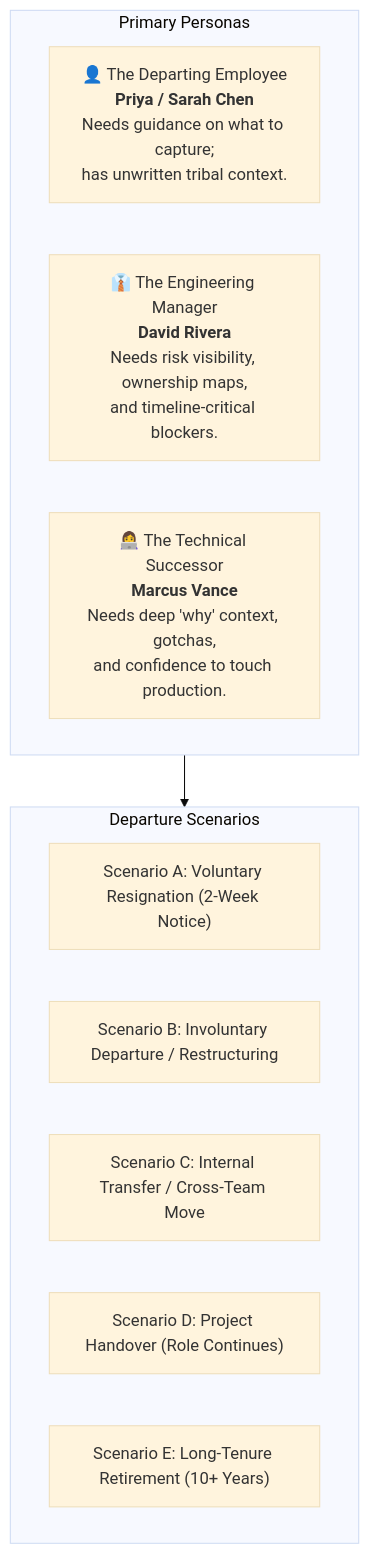
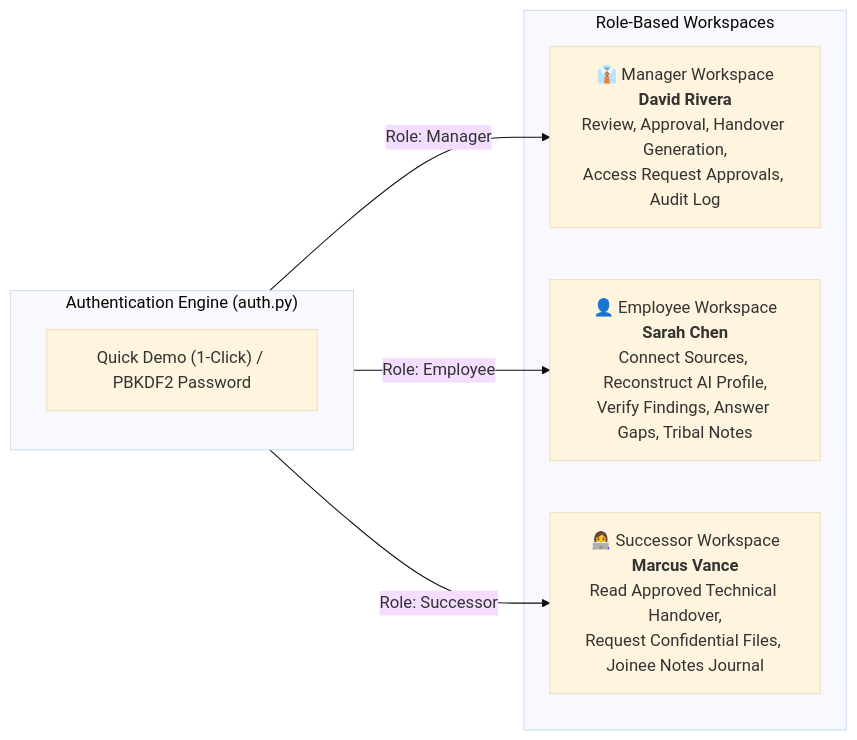
Before and after one commit to vpawar2210/KnowledgeBridge-Baton: the first of 2 diagrams in KnowledgeBridge/report.md, drawn with Mermaid (base theme). The commit also changed other lines of this file and 23 other files, not shown here.

````diff
--- a/KnowledgeBridge/report.md
+++ b/KnowledgeBridge/report.md
@@ -78,18 +110,16 @@
 ```mermaid
-flowchart TD
-    subgraph Personas["Primary Personas"]
-        P1["👤 The Departing Employee<br><b>Priya / Sarah Chen</b><br>Needs guidance on what to capture;<br>has unwritten tribal context."]
-        P2["👔 The Engineering Manager<br><b>David Rivera</b><br>Needs risk visibility, ownership maps,<br>and timeline-critical blockers."]
-        P3["👩‍💻 The Technical Successor<br><b>Marcus Vance</b><br>Needs deep 'why' context, gotchas,<br>and confidence to touch production."]
+flowchart LR
+    subgraph Auth["Authentication Engine (auth.py)"]
+        AC["Quick Demo (1-Click) / PBKDF2 Password"]
     end
 
-    subgraph Scenarios["Departure Scenarios"]
-        S1["Scenario A: Voluntary Resignation (2-Week Notice)"]
-        S2["Scenario B: Involuntary Departure / Restructuring"]
-        S3["Scenario C: Internal Transfer / Cross-Team Move"]
-        S4["Scenario D: Project Handover (Role Continues)"]
-        S5["Scenario E: Long-Tenure Retirement (10+ Years)"]
+    subgraph Roles["Role-Based Workspaces"]
+        R1["👔 Manager Workspace<br><b>David Rivera</b><br>Review, Approval, Handover Generation,<br>Access Request Approvals, Audit Log"]
+        R2["👤 Employee Workspace<br><b>Sarah Chen</b><br>Connect Sources, Reconstruct AI Profile,<br>Verify Findings, Answer Gaps, Tribal Notes"]
+        R3["👩‍💻 Successor Workspace<br><b>Marcus Vance</b><br>Read Approved Technical Handover,<br>Request Confidential Files, Joinee Notes Journal"]
     end
 
-    Personas --> Scenarios
+    Auth -->|Role: Manager| R1
+    Auth -->|Role: Employee| R2
+    Auth -->|Role: Successor| R3
 ```
````
